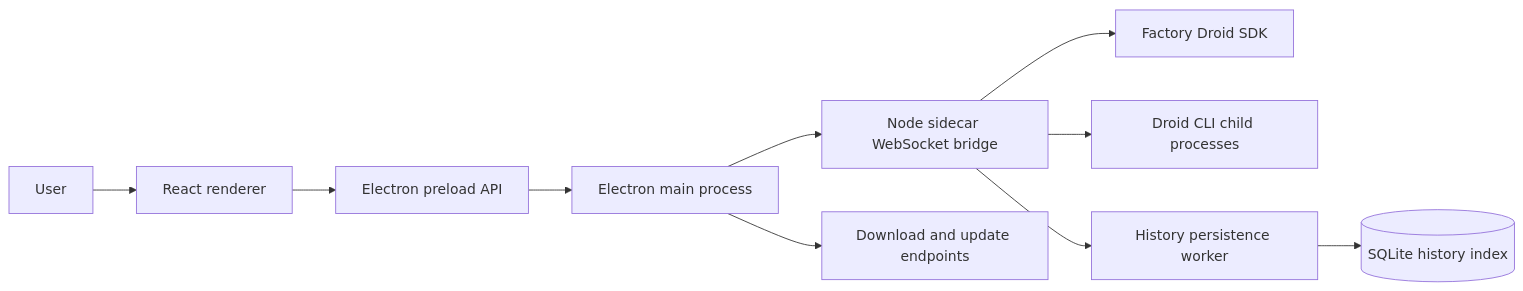
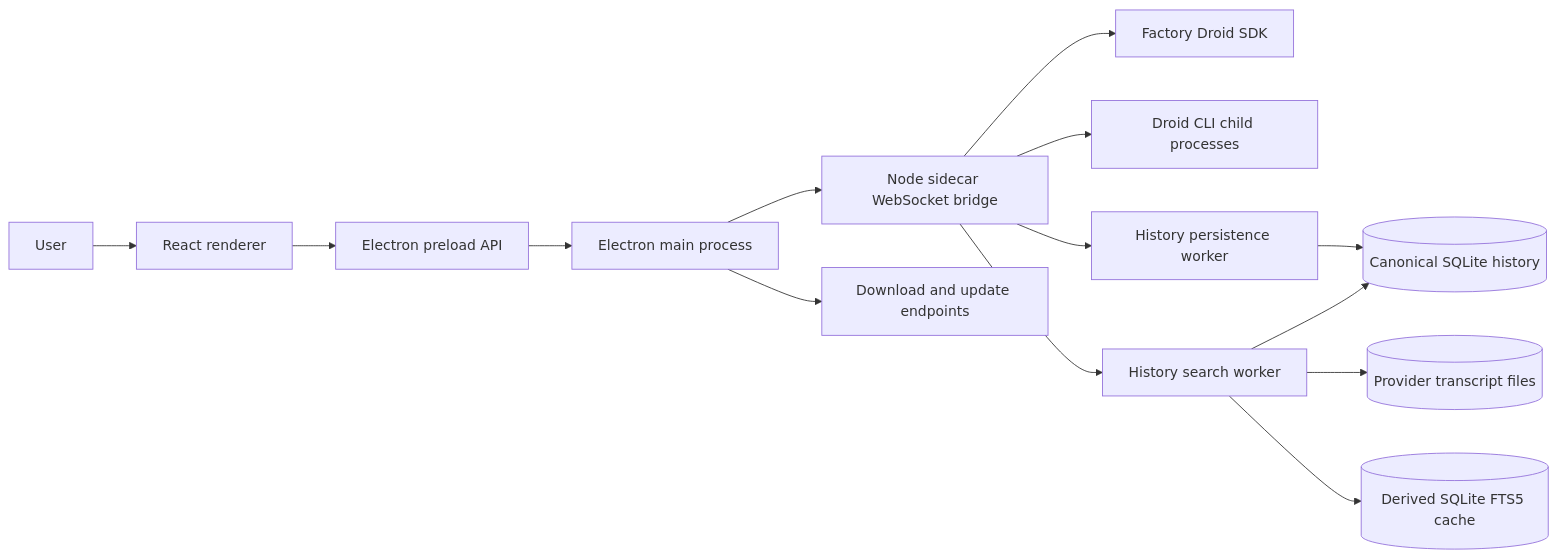
One commit to droidex-anas/droid-maxxing changed the diagram in docs/architecture.md. Above: the diagram before and after it, drawn with Mermaid. The commit also changed other lines of this file and 42 other files, not shown here.

````diff
--- a/docs/architecture.md
+++ b/docs/architecture.md
@@ -7,12 +7,16 @@
 ```mermaid
 flowchart LR
   User[User] --> Renderer[React renderer]
   Renderer --> Preload[Electron preload API]
   Preload --> Main[Electron main process]
   Main --> Sidecar[Node sidecar WebSocket bridge]
   Sidecar --> DroidSDK[Factory Droid SDK]
   Sidecar --> DroidCLI[Droid CLI child processes]
-  Sidecar --> HistoryWorker[History persistence worker]
-  HistoryWorker --> SQLite[(SQLite history index)]
+  Sidecar --> HistoryWriter[History persistence worker]
+  Sidecar --> HistorySearch[History search worker]
+  HistoryWriter --> CanonicalHistory[(Canonical SQLite history)]
+  HistorySearch --> SessionFiles[(Provider transcript files)]
+  HistorySearch --> CanonicalHistory
+  HistorySearch --> SearchCache[(Derived SQLite FTS5 cache)]
   Main --> Updater[Download and update endpoints]
 ```
````
